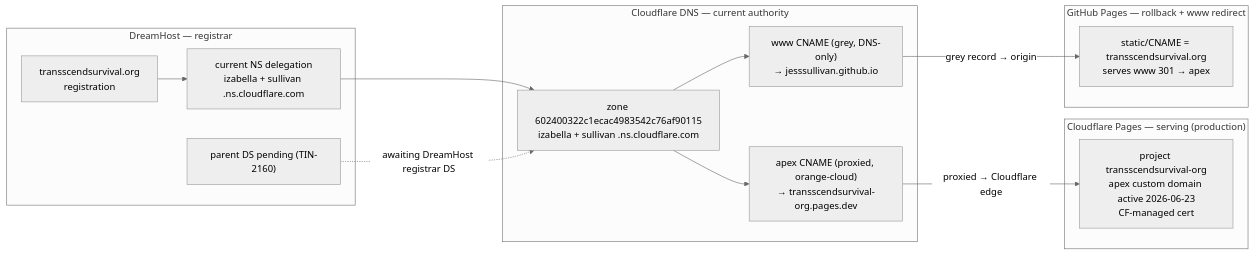
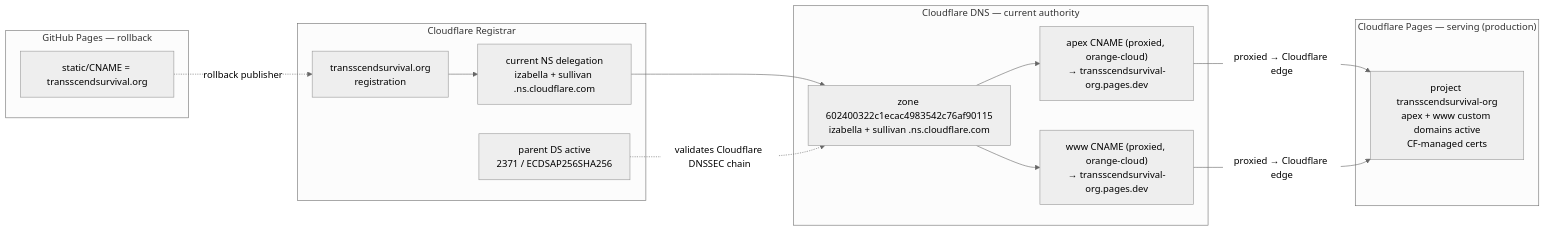
Before and after one commit to Jesssullivan/jesssullivan.github.io: the first of 5 diagrams in docs/dns-architecture.md, drawn with Mermaid (neutral theme). The commit also changed other lines of this file and 8 other files, not shown here.

Commit message:
fix(dns): serve www from Cloudflare Pages

````diff
--- a/docs/dns-architecture.md
+++ b/docs/dns-architecture.md
@@ -35,30 +32,31 @@
 ```mermaid
 flowchart LR
-    subgraph Registrar["DreamHost — registrar"]
+    subgraph Registrar["Cloudflare Registrar"]
         Reg["transscendsurvival.org<br/>registration"]
-        DS["parent DS pending (TIN-2160)"]
+        DS["parent DS active<br/>2371 / ECDSAP256SHA256"]
         NSdeleg["current NS delegation<br/>izabella + sullivan .ns.cloudflare.com"]
     end
 
     subgraph CF["Cloudflare DNS — current authority"]
         Zone["zone 602400322c1ecac4983542c76af90115<br/>izabella + sullivan .ns.cloudflare.com"]
         Apex["apex CNAME (proxied, orange-cloud)<br/>→ transscendsurvival-org.pages.dev"]
-        WWW["www CNAME (grey, DNS-only)<br/>→ jesssullivan.github.io"]
+        WWW["www CNAME (proxied, orange-cloud)<br/>→ transscendsurvival-org.pages.dev"]
     end
 
     subgraph CFP["Cloudflare Pages — serving (production)"]
-        Pages["project transscendsurvival-org<br/>apex custom domain active 2026-06-23<br/>CF-managed cert"]
+        Pages["project transscendsurvival-org<br/>apex + www custom domains active<br/>CF-managed certs"]
     end
 
-    subgraph GHP["GitHub Pages — rollback + www redirect"]
-        GH["static/CNAME = transscendsurvival.org<br/>serves www 301 → apex"]
+    subgraph GHP["GitHub Pages — rollback"]
+        GH["static/CNAME = transscendsurvival.org"]
     end
 
     Reg --> NSdeleg
     NSdeleg --> Zone
-    DS -. "awaiting DreamHost registrar DS" .-> Zone
+    DS -. "validates Cloudflare DNSSEC chain" .-> Zone
     Zone --> Apex
     Zone --> WWW
     Apex -- "proxied → Cloudflare edge" --> Pages
-    WWW -- "grey record → origin" --> GH
+    WWW -- "proxied → Cloudflare edge" --> Pages
+    GH -. "rollback publisher" .-> Reg
 ```
````
